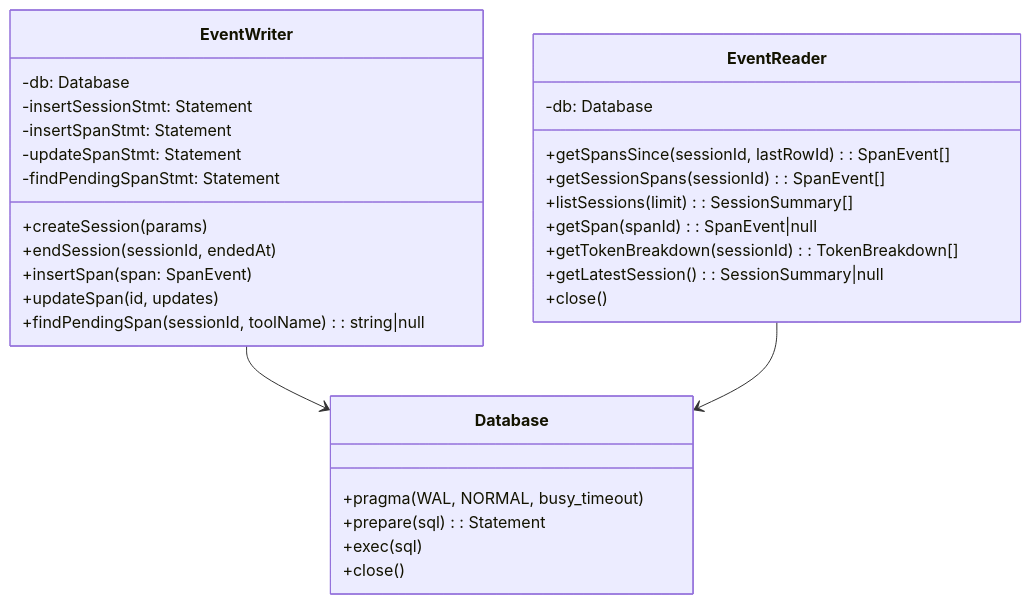
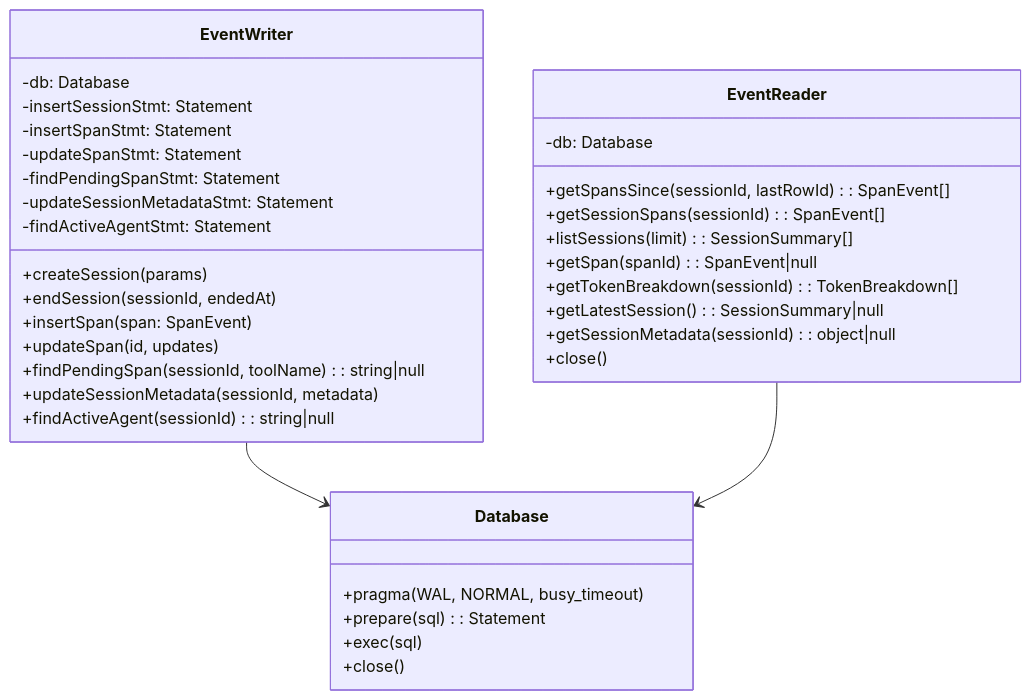
The fourth of 6 diagrams in docs/architecture.md (mani-prakash-007/Claude-Footprint-Tracer), drawn with Mermaid before and after one commit. The commit also changed other lines of this file and 64 other files, not shown here.

````diff
--- a/docs/architecture.md
+++ b/docs/architecture.md
@@ -200,36 +249,41 @@
 ```mermaid
 classDiagram
     class EventWriter {
         -db: Database
         -insertSessionStmt: Statement
         -insertSpanStmt: Statement
         -updateSpanStmt: Statement
         -findPendingSpanStmt: Statement
+        -updateSessionMetadataStmt: Statement
+        -findActiveAgentStmt: Statement
         +createSession(params)
         +endSession(sessionId, endedAt)
         +insertSpan(span: SpanEvent)
         +updateSpan(id, updates)
         +findPendingSpan(sessionId, toolName): string|null
+        +updateSessionMetadata(sessionId, metadata)
+        +findActiveAgent(sessionId): string|null
     }
     
     class EventReader {
         -db: Database
         +getSpansSince(sessionId, lastRowId): SpanEvent[]
         +getSessionSpans(sessionId): SpanEvent[]
         +listSessions(limit): SessionSummary[]
         +getSpan(spanId): SpanEvent|null
         +getTokenBreakdown(sessionId): TokenBreakdown[]
         +getLatestSession(): SessionSummary|null
+        +getSessionMetadata(sessionId): object|null
         +close()
     }
     
     class Database {
         +pragma(WAL, NORMAL, busy_timeout)
         +prepare(sql): Statement
         +exec(sql)
         +close()
     }
     
     EventWriter --> Database
     EventReader --> Database
 ```
````
